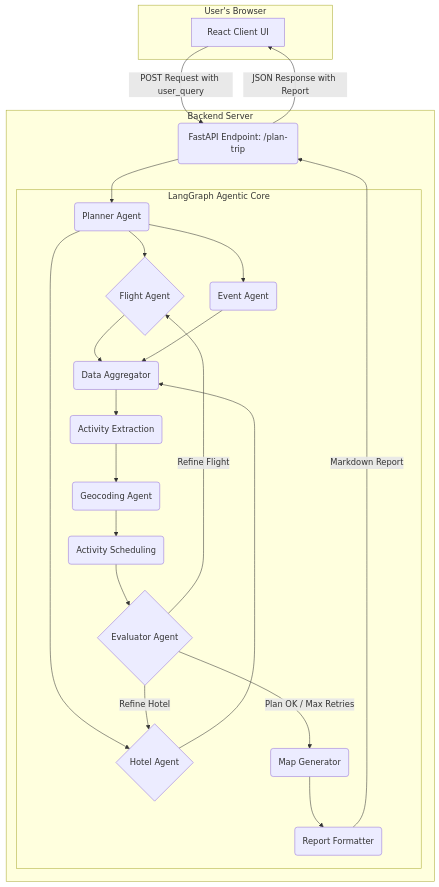
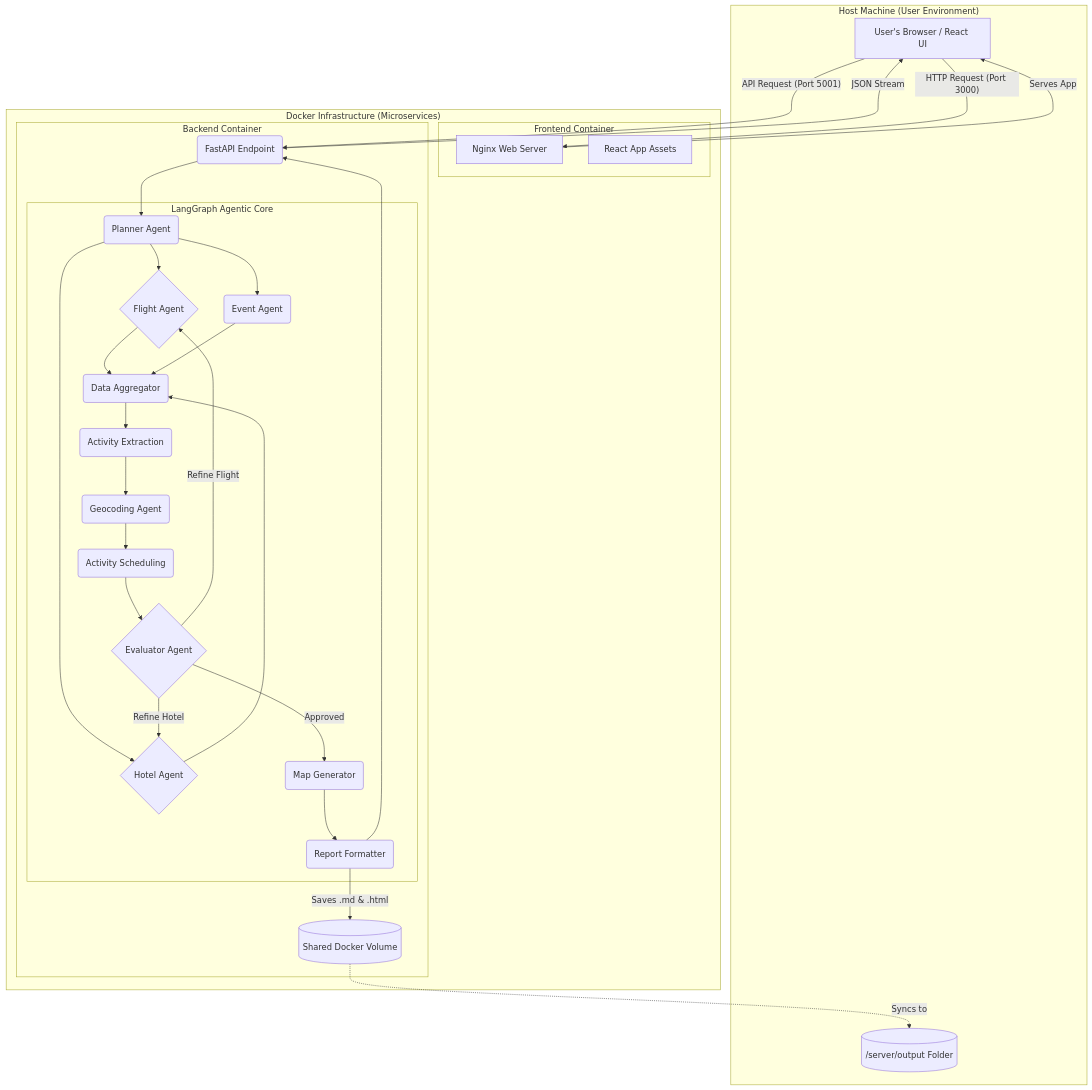
Before and after one commit to berkyalkn/AI-travel-agent: the diagram in README.md, drawn with Mermaid. The commit also changed other lines of this file, not shown here.

Commit message:
docs(readme): overhaul documentation to reflect containerized microservices architecture

````diff
--- a/README.md
+++ b/README.md
@@ -56,46 +74,59 @@
 ```mermaid
 graph TD
-    subgraph "User's Browser"
-        A[React Client UI]
+    subgraph "Host Machine (User Environment)"
+        Browser[User's Browser / React UI]
+        LocalDisk[("/server/output Folder")]
     end
 
-    subgraph "Backend Server"
-        B(FastAPI Endpoint: /plan-trip)
-        subgraph LangGraph Agentic Core
-            C(Planner Agent)
-            D{Flight Agent}
-            E{Hotel Agent}
-            J(Event Agent)
-            Agg(Data Aggregator)
-            F(Activity Extraction)
-            K(Geocoding Agent)
-            G(Activity Scheduling)
-            H{Evaluator Agent}
-            L(Map Generator)
-            I(Report Formatter)
+    subgraph "Docker Infrastructure (Microservices)"
+        
+        subgraph "Frontend Container"
+            Nginx[Nginx Web Server]
+            ReactApp[React App Assets]
+        end
+
+        subgraph "Backend Container"
+            API(FastAPI Endpoint)
+            
+            subgraph "LangGraph Agentic Core"
+                Planner(Planner Agent)
+                Flight{Flight Agent}
+                Hotel{Hotel Agent}
+                Event(Event Agent)
+                Agg(Data Aggregator)
+                
+                Extraction(Activity Extraction)
+                Geo(Geocoding Agent)
+                Schedule(Activity Scheduling)
+                
+                Evaluator{Evaluator Agent}
+                Map(Map Generator)
+                Report(Report Formatter)
+            end
+            
+            Volume[(Shared Docker Volume)]
         end
     end
 
-    A -- "POST Request with user_query" --> B
-    B --> C
-
-    C --> D
-    C --> E
-    C --> J
-    D --> Agg
-    E --> Agg
-    J --> Agg
-
-    Agg --> F
-    F --> K
-    K --> G
-    G --> H
-
-    H -->|Refine Hotel| E
-    H -->|Refine Flight| D
-    H -->|Plan OK / Max Retries| L
-
-    L --> I
-    I -- "Markdown Report" --> B
-    B -- "JSON Response with Report" --> A
+    %% Flow Connections
+    Browser -- "HTTP Request (Port 3000)" --> Nginx
+    Nginx -- "Serves App" --> Browser
+    Browser -- "API Request (Port 5001)" --> API
+    
+    API --> Planner
+    Planner --> Flight & Hotel & Event
+    Flight & Hotel & Event --> Agg
+    Agg --> Extraction --> Geo --> Schedule --> Evaluator
+    
+    Evaluator -->|Refine Hotel| Hotel
+    Evaluator -->|Refine Flight| Flight
+    Evaluator -->|Approved| Map
+    
+    Map --> Report
+    Report -- "Saves .md & .html" --> Volume
+    Volume -.->|Syncs to| LocalDisk
+    
+    Report --> API
+    API -- "JSON Stream" --> Browser
+    
  ```
````
